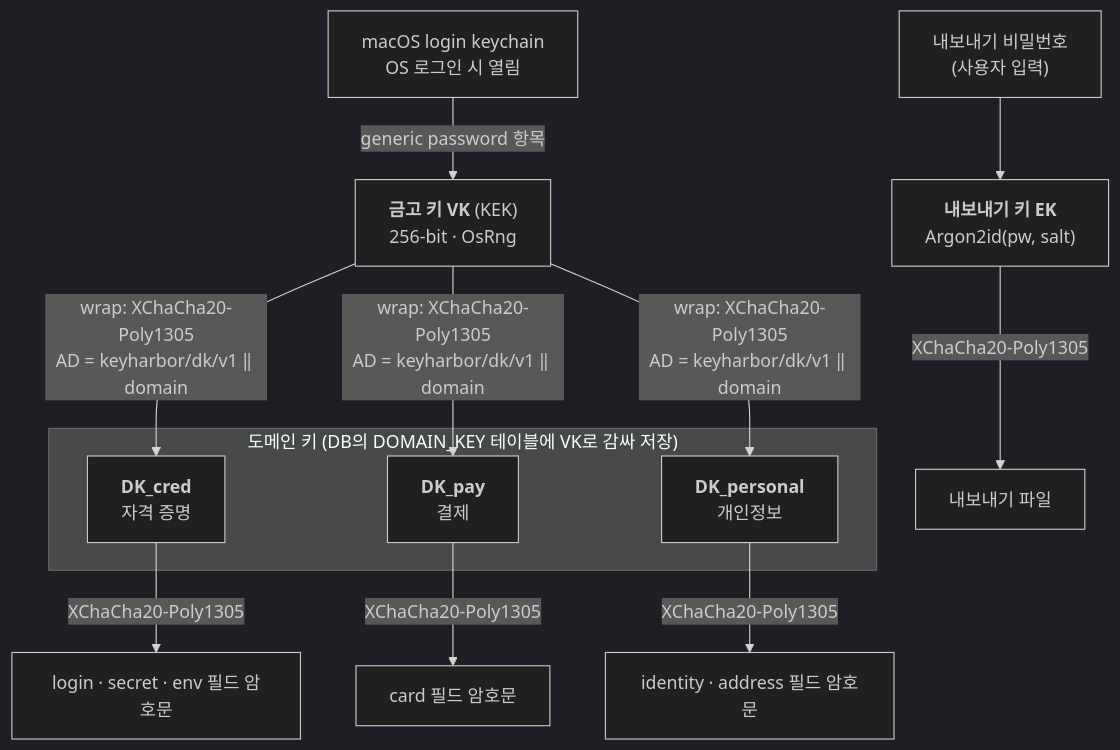
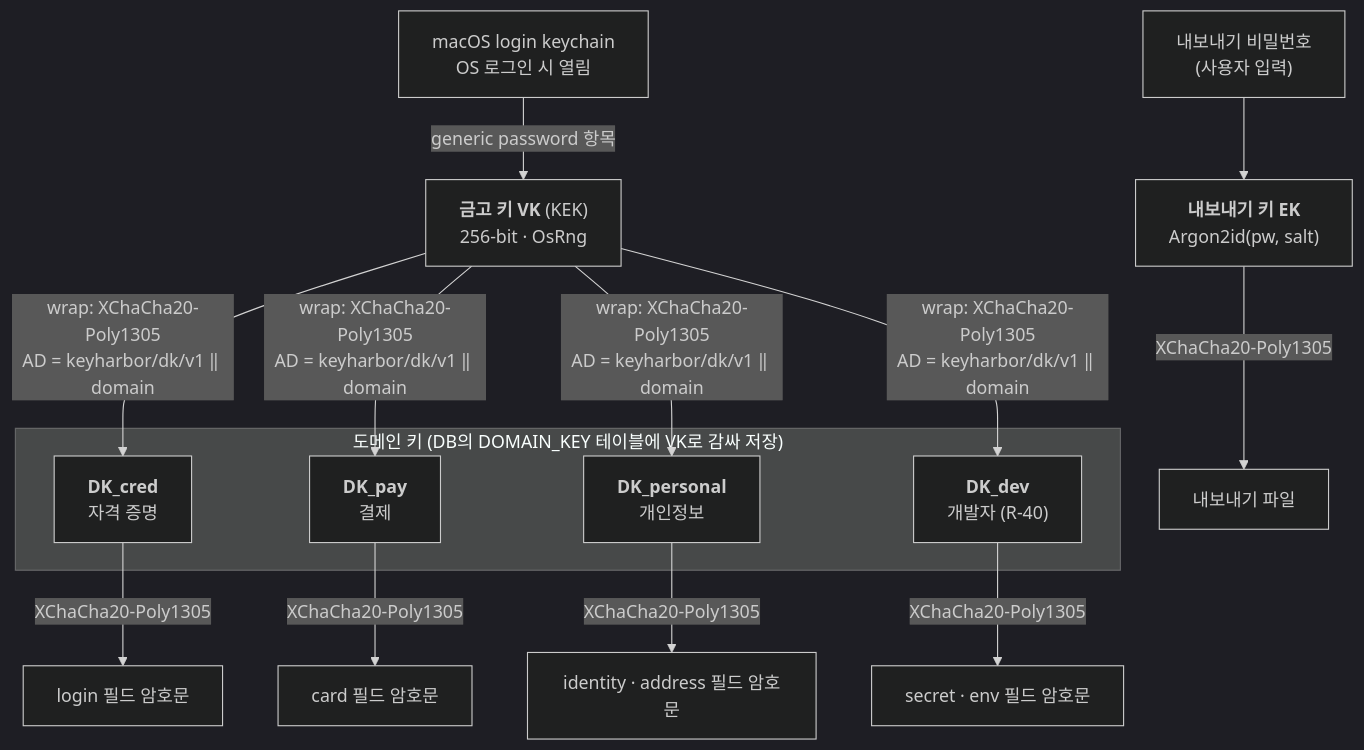
Before and after one commit to LeeSwallow/KeyHarbor: the second of 7 diagrams in docs/design/03-security-whitepaper.md, drawn with Mermaid (dark theme). The commit also changed other lines of this file and 135 other files, not shown here.

````diff
--- a/docs/design/03-security-whitepaper.md
+++ b/docs/design/03-security-whitepaper.md
@@ -49,22 +51,25 @@
 ```mermaid
 flowchart TB
   kc["macOS login keychain<br/>OS 로그인 시 열림"]
   vk["<b>금고 키 VK</b> (KEK)<br/>256-bit · OsRng"]
   subgraph DK["도메인 키 (DB의 DOMAIN_KEY 테이블에 VK로 감싸 저장)"]
     dc["<b>DK_cred</b><br/>자격 증명"]
     dp["<b>DK_pay</b><br/>결제"]
     dr["<b>DK_personal</b><br/>개인정보"]
+    dd["<b>DK_dev</b><br/>개발자 (R-40)"]
   end
-  fc["login · secret · env 필드 암호문"]
+  fc["login 필드 암호문"]
+  fd["secret · env 필드 암호문"]
   fp["card 필드 암호문"]
   fr["identity · address 필드 암호문"]
   pw["내보내기 비밀번호<br/>(사용자 입력)"]
   ek["<b>내보내기 키 EK</b><br/>Argon2id(pw, salt)"]
   exp["내보내기 파일"]
   kc -->|"generic password 항목"| vk
-  vk -->|"wrap: XChaCha20-Poly1305<br/>AD = keyharbor/dk/v1 ‖ domain"| dc & dp & dr
+  vk -->|"wrap: XChaCha20-Poly1305<br/>AD = keyharbor/dk/v1 ‖ domain"| dc & dp & dr & dd
   dc -->|"XChaCha20-Poly1305"| fc
   dp -->|"XChaCha20-Poly1305"| fp
   dr -->|"XChaCha20-Poly1305"| fr
+  dd -->|"XChaCha20-Poly1305"| fd
   pw --> ek -->|"XChaCha20-Poly1305"| exp
 ```
````
